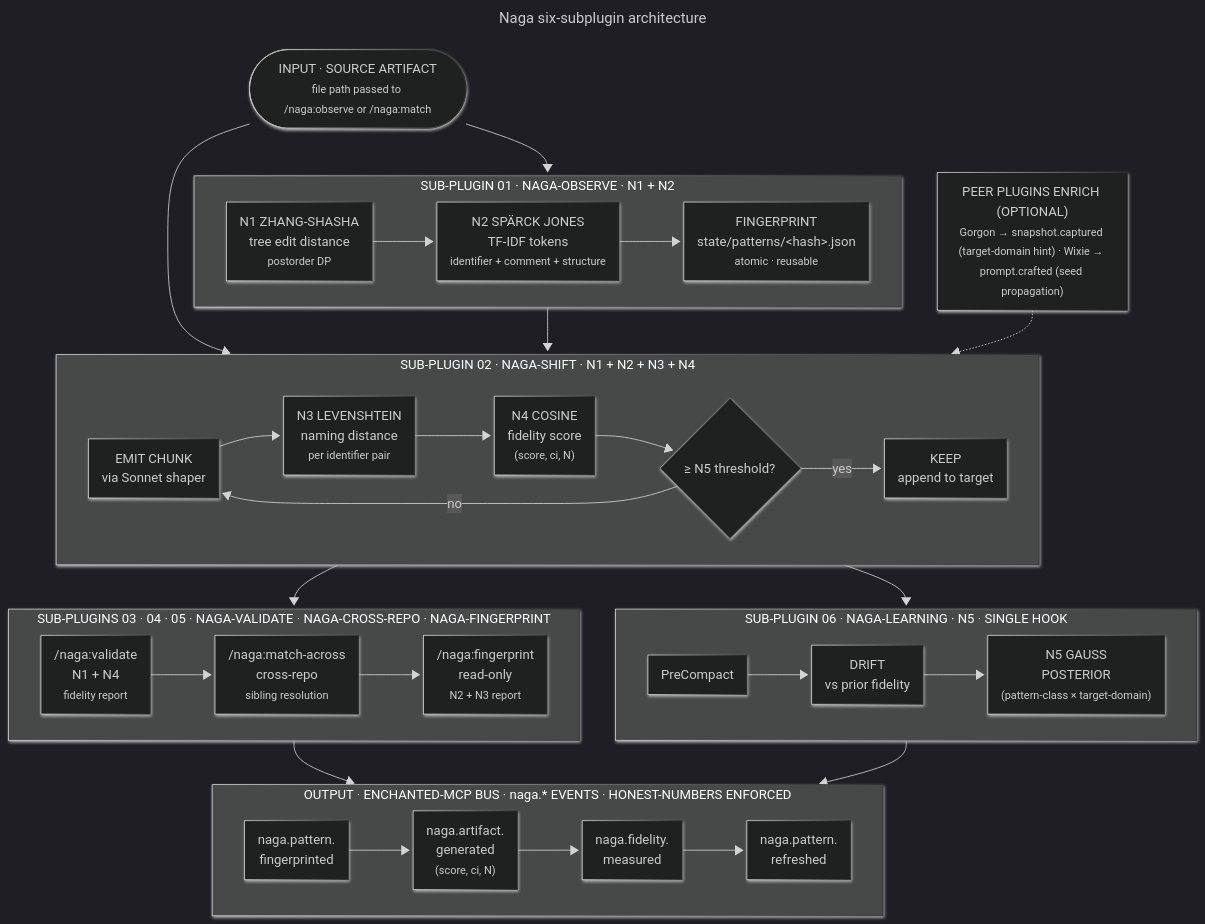
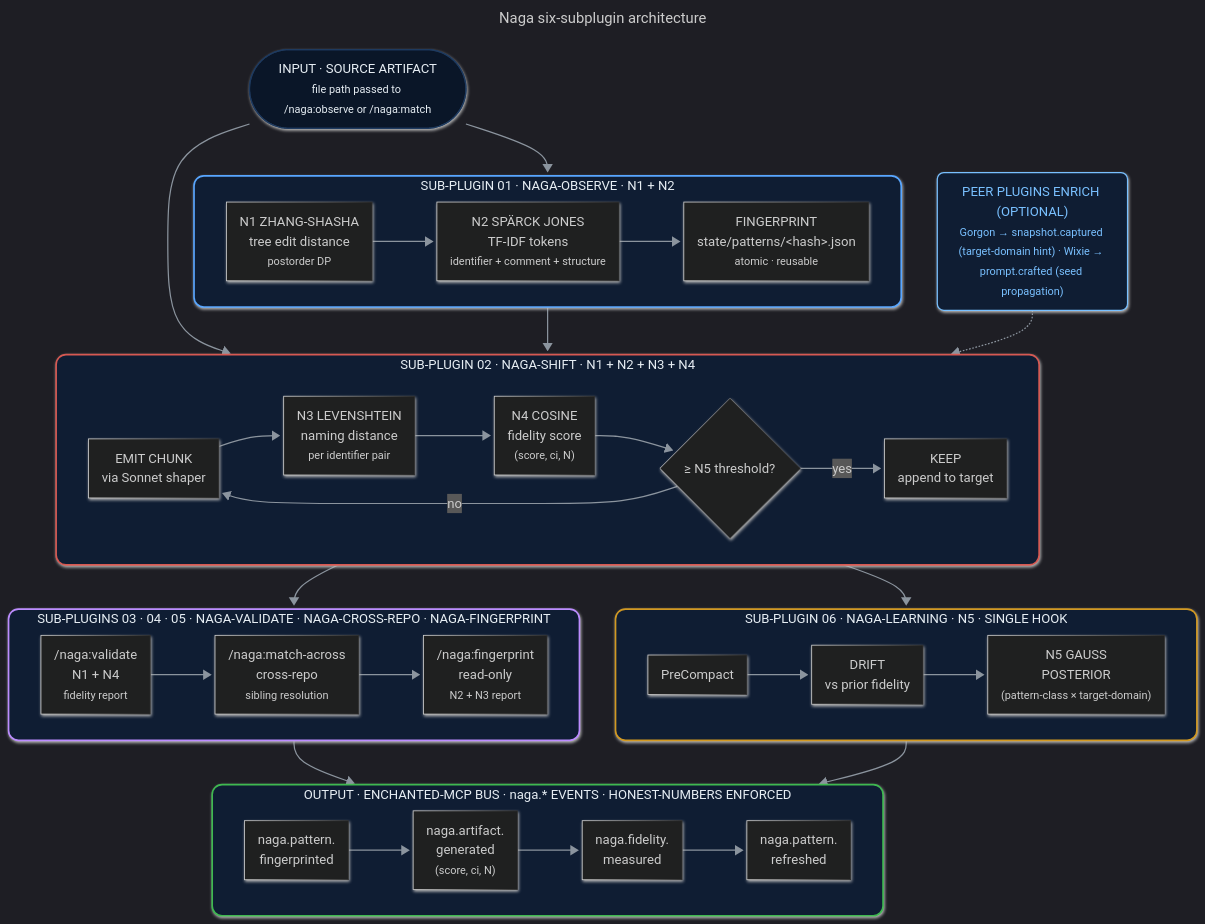
Before and after one commit to enchanted-plugins/naga: the diagram in docs/assets/pipeline.mmd, drawn with Mermaid. The commit also changed 1 other file, not shown here.

```diff
--- a/docs/assets/pipeline.mmd
+++ b/docs/assets/pipeline.mmd
@@ -1,52 +1,66 @@
 ---
 title: Naga six-subplugin architecture
 config:
   look: neo
   theme: dark
   flowchart:
     curve: basis
     padding: 18
     nodeSpacing: 44
     rankSpacing: 54
     htmlLabels: true
 ---
 flowchart TB
     Source(["INPUT · SOURCE ARTIFACT<br/><small>file path passed to /naga:observe or /naga:match</small>"])
 
     subgraph Observe["SUB-PLUGIN 01 · NAGA-OBSERVE · N1 + N2"]
         direction LR
         ast["N1 ZHANG-SHASHA<br/>tree edit distance<br/><small>postorder DP</small>"] --> tfidf["N2 SPÄRCK JONES<br/>TF-IDF tokens<br/><small>identifier + comment + structure</small>"] --> fp["FINGERPRINT<br/>state/patterns/&lt;hash&gt;.json<br/><small>atomic · reusable</small>"]
     end
 
     subgraph Shift["SUB-PLUGIN 02 · NAGA-SHIFT · N1 + N2 + N3 + N4"]
         direction LR
         emit["EMIT CHUNK<br/>via Sonnet shaper"] --> n3["N3 LEVENSHTEIN<br/>naming distance<br/><small>per identifier pair</small>"] --> n4["N4 COSINE<br/>fidelity score<br/><small>(score, ci, N)</small>"] --> gate{"≥ N5 threshold?"}
         gate -->|no| emit
         gate -->|yes| keep["KEEP<br/>append to target"]
     end
 
     subgraph Auxiliary["SUB-PLUGINS 03 · 04 · 05 · NAGA-VALIDATE · NAGA-CROSS-REPO · NAGA-FINGERPRINT"]
         direction LR
         val["/naga:validate<br/>N1 + N4<br/><small>fidelity report</small>"] --> xr["/naga:match-across<br/>cross-repo<br/><small>sibling resolution</small>"] --> fp_skill["/naga:fingerprint<br/>read-only<br/><small>N2 + N3 report</small>"]
     end
 
     subgraph Learning["SUB-PLUGIN 06 · NAGA-LEARNING · N5 · SINGLE HOOK"]
         direction LR
         precompact["PreCompact"] --> drift["DRIFT<br/>vs prior fidelity"] --> post["N5 GAUSS<br/>POSTERIOR<br/><small>(pattern-class × target-domain)</small>"]
     end
 
     subgraph Bus["OUTPUT · ENCHANTED-MCP BUS · naga.* EVENTS · HONEST-NUMBERS ENFORCED"]
         direction LR
         evt1["naga.pattern.<br/>fingerprinted"] --> evt2["naga.artifact.<br/>generated<br/><small>(score, ci, N)</small>"] --> evt3["naga.fidelity.<br/>measured"] --> evt4["naga.pattern.<br/>refreshed"]
     end
 
     Peers["PEER PLUGINS ENRICH (OPTIONAL)<br/><small>Gorgon → snapshot.captured (target-domain hint) · Wixie → prompt.crafted (seed propagation)</small>"]
 
     Source --> Observe
     Source --> Shift
     Observe --> Shift
     Shift --> Auxiliary
     Auxiliary --> Bus
     Shift --> Learning
     Learning --> Bus
     Peers -.-> Shift
+
+    classDef session fill:#0a1628,stroke:#1e3a5f,stroke-width:1.5px,color:#e6edf3,rx:10,ry:10
+    classDef peers fill:#0f1d33,stroke:#79c0ff,stroke-width:1.5px,color:#79c0ff,rx:8,ry:8
+
+    class Source session
+    class Peers peers
+
+    style Observe fill:#0f1d33,stroke:#58a6ff,stroke-width:2px,color:#e6edf3,rx:12,ry:12
+    style Shift fill:#0f1d33,stroke:#d75952,stroke-width:2px,color:#e6edf3,rx:12,ry:12
+    style Auxiliary fill:#0f1d33,stroke:#bc8cff,stroke-width:2px,color:#e6edf3,rx:12,ry:12
+    style Learning fill:#0f1d33,stroke:#d29922,stroke-width:2px,color:#e6edf3,rx:12,ry:12
+    style Bus fill:#0f1d33,stroke:#3fb950,stroke-width:2px,color:#e6edf3,rx:12,ry:12
+
+    linkStyle default stroke:#8b949e,stroke-width:1.5px
```
